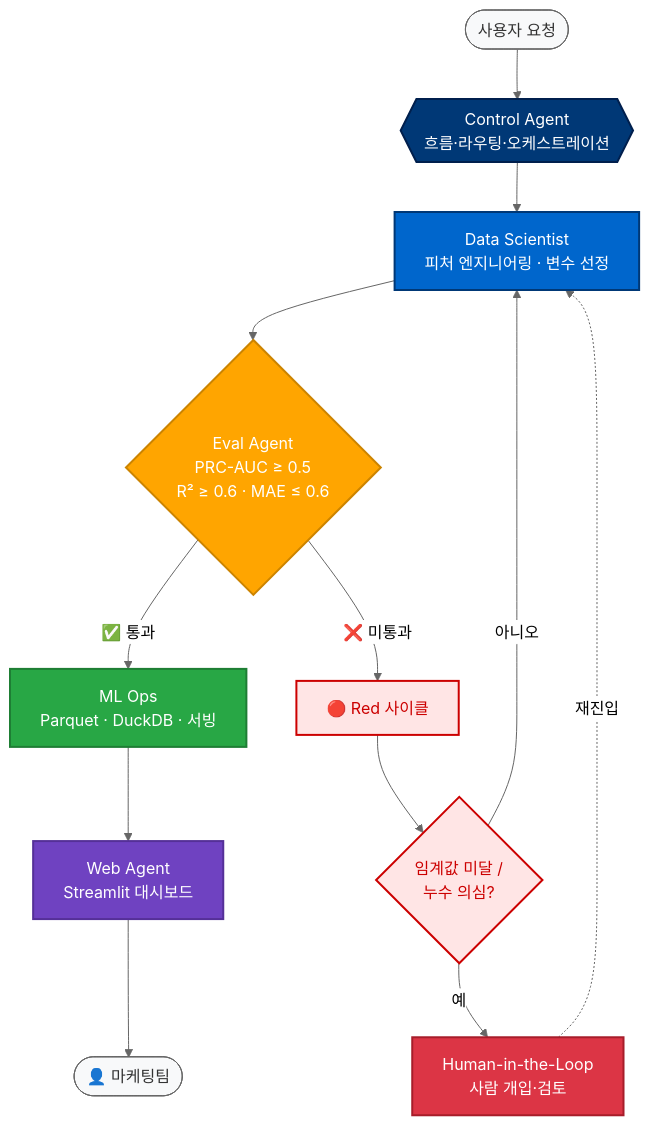
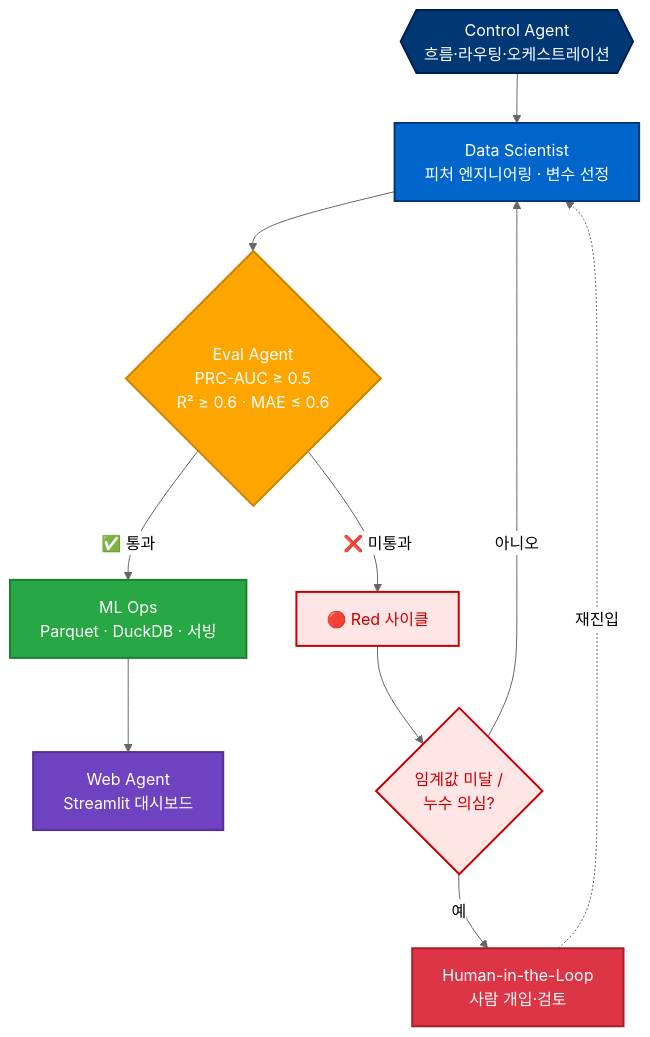
One commit to dkswndus/lg_hellovision_dx_data_school_01 changed the diagram in 포트폴리오.md. Above: the diagram before and after it, drawn with Mermaid (neutral theme). The commit also changed 1 other file, not shown here.

Commit message:
docs: 에이전트 아키텍처 다이어그램에서 시작/종료 사용자 노드 제거
- 사용자 요청 / 마케팅팀 노드 제거로 에이전트 아키텍처에 집중
- Control Agent를 진입점으로, Web Agent를 종료점으로 단순화
- 다이어그램이 더 간결하고 기술적인 표현으로 정리

````diff
--- a/포트폴리오.md
+++ b/포트폴리오.md
@@ -227,37 +227,32 @@
 ```mermaid
 flowchart TD
-    Start([사용자 요청]) --> Control{{Control Agent<br/>흐름·라우팅·오케스트레이션}}
-
-    Control --> DS[Data Scientist<br/>피처 엔지니어링 · 변수 선정]
+    Control{{Control Agent<br/>흐름·라우팅·오케스트레이션}} --> DS[Data Scientist<br/>피처 엔지니어링 · 변수 선정]
     DS --> Eval{Eval Agent<br/>PRC-AUC ≥ 0.5<br/>R² ≥ 0.6 · MAE ≤ 0.6}
 
     Eval -->|✅ 통과| MLOps[ML Ops<br/>Parquet · DuckDB · 서빙]
     Eval -->|❌ 미통과| Red[🔴 Red 사이클]
 
     MLOps --> Web[Web Agent<br/>Streamlit 대시보드]
-    Web --> User([👤 마케팅팀])
 
     Red --> Check{임계값 미달 /<br/>누수 의심?}
     Check -->|예| HITL[Human-in-the-Loop<br/>사람 개입·검토]
     Check -->|아니오| DS
 
     HITL -.재진입.-> DS
 
     classDef control fill:#003876,stroke:#001f4d,color:#fff,stroke-width:2px
     classDef agent fill:#0066CC,stroke:#003876,color:#fff,stroke-width:2px
     classDef eval fill:#FFA500,stroke:#cc8400,color:#fff,stroke-width:2px
     classDef ops fill:#28A745,stroke:#1e7e34,color:#fff,stroke-width:2px
     classDef web fill:#6F42C1,stroke:#553098,color:#fff,stroke-width:2px
     classDef hitl fill:#DC3545,stroke:#a71d2a,color:#fff,stroke-width:2px
     classDef red fill:#FFE5E5,stroke:#CC0000,color:#CC0000,stroke-width:2px
-    classDef terminal fill:#F8F9FA,stroke:#666,color:#333,stroke-width:1px
 
     class Control control
     class DS agent
     class Eval eval
     class MLOps ops
     class Web web
     class HITL hitl
     class Red,Check red
-    class Start,User terminal
 ```
````
